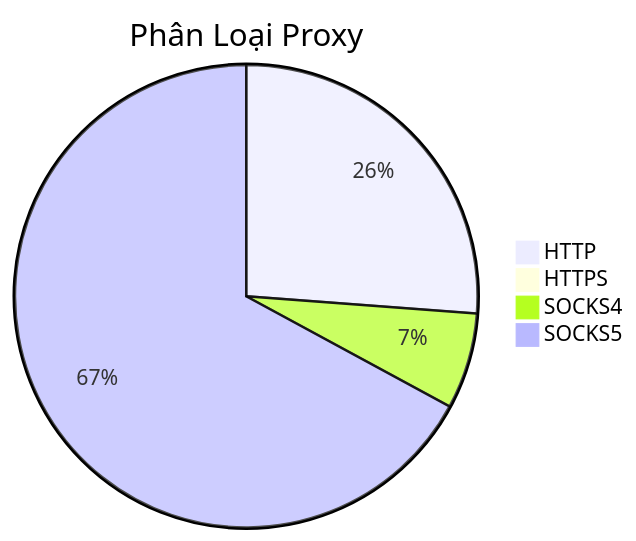
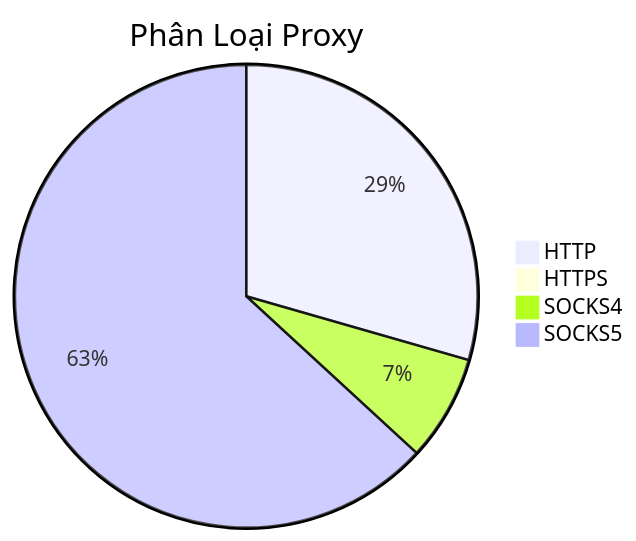
Before and after one commit to Ciara-12/PROXY-free: the diagram in README.md, drawn with Mermaid. The commit also changed other lines of this file and 3 other files, not shown here.

````diff
--- a/README.md
+++ b/README.md
@@ -26,7 +26,7 @@
 ```mermaid
 pie title Phân Loại Proxy
-    "HTTP" : 1120
+    "HTTP" : 1199
     "HTTPS" : 0
-    "SOCKS4" : 287
-    "SOCKS5" : 2869
+    "SOCKS4" : 301
+    "SOCKS5" : 2572
 ```
````
